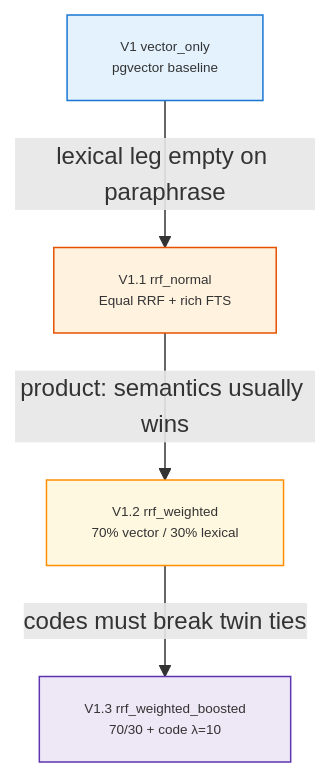
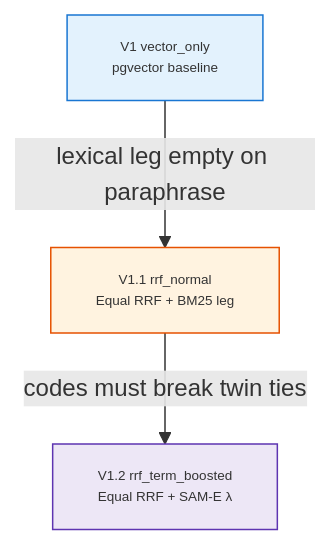
The second of 6 diagrams in docs_manual_gen/artifacts/ABOUT_SEARCH_RRF.md (horselord-joe-8053/second-brain), drawn with Mermaid before and after one commit. The commit also changed other lines of this file and 35 other files, not shown here.

````diff
--- a/docs_manual_gen/artifacts/ABOUT_SEARCH_RRF.md
+++ b/docs_manual_gen/artifacts/ABOUT_SEARCH_RRF.md
@@ -136,15 +136,12 @@
 ```mermaid
 graph TD
   V1[V1 vector_only\npgvector baseline]
-  V11[V1.1 rrf_normal\nEqual RRF + rich FTS]
-  V12[V1.2 rrf_weighted\n70% vector / 30% lexical]
-  V13[V1.3 rrf_weighted_boosted\n70/30 + code λ=10]
+  V11[V1.1 rrf_normal\nEqual RRF + BM25 leg]
+  V12[V1.2 rrf_term_boosted\nEqual RRF + SAM-E λ]
   V1 -->|lexical leg empty on paraphrase| V11
-  V11 -->|product: semantics usually wins| V12
-  V12 -->|codes must break twin ties| V13
+  V11 -->|codes must break twin ties| V12
 
   style V1 fill:#e3f2fd,stroke:#1976d2,stroke-width:1px,font-size:9px
   style V11 fill:#fff3e0,stroke:#e65100,stroke-width:1px,font-size:9px
-  style V12 fill:#fff8e1,stroke:#ff8f00,stroke-width:1px,font-size:9px
-  style V13 fill:#ede7f6,stroke:#5e35b1,stroke-width:1px,font-size:9px
+  style V12 fill:#ede7f6,stroke:#5e35b1,stroke-width:1px,font-size:9px
 ```
````
